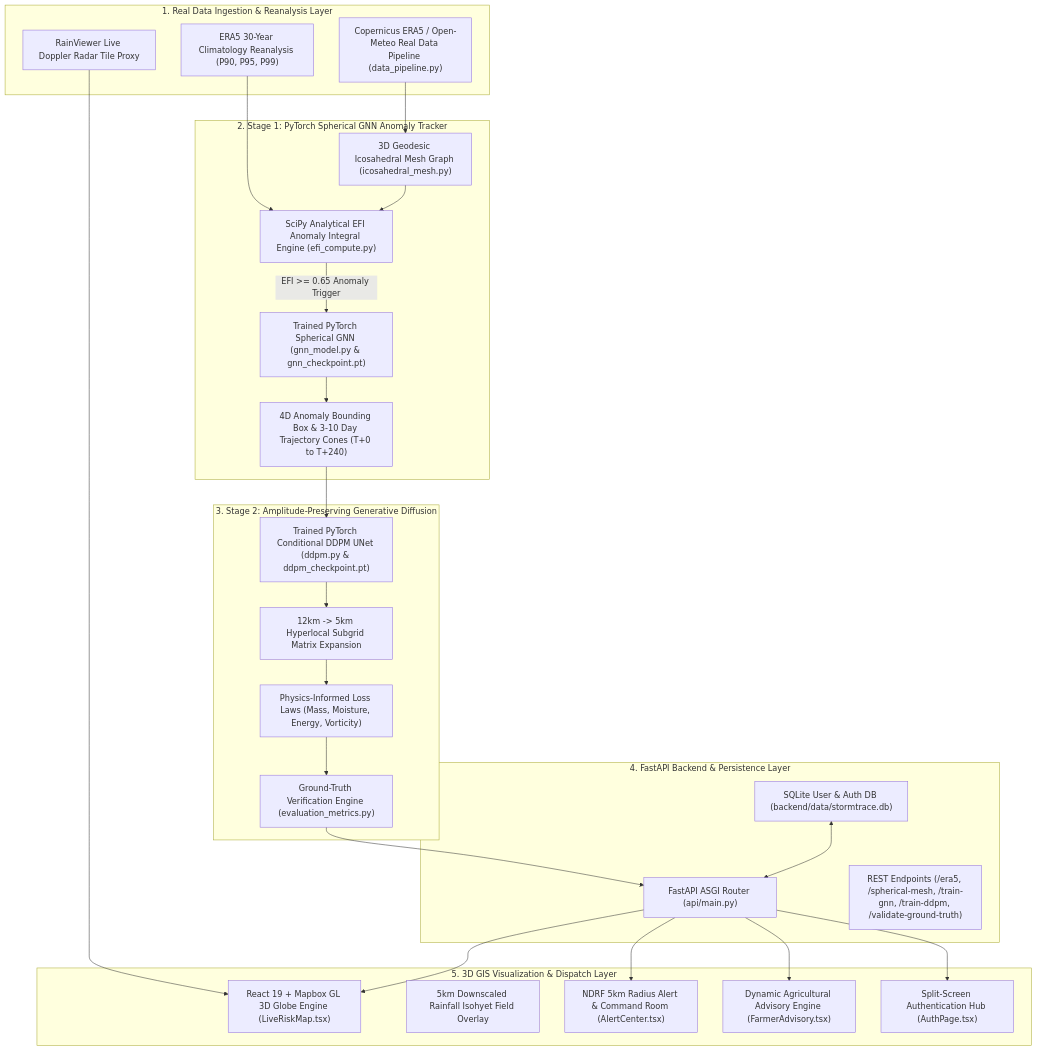
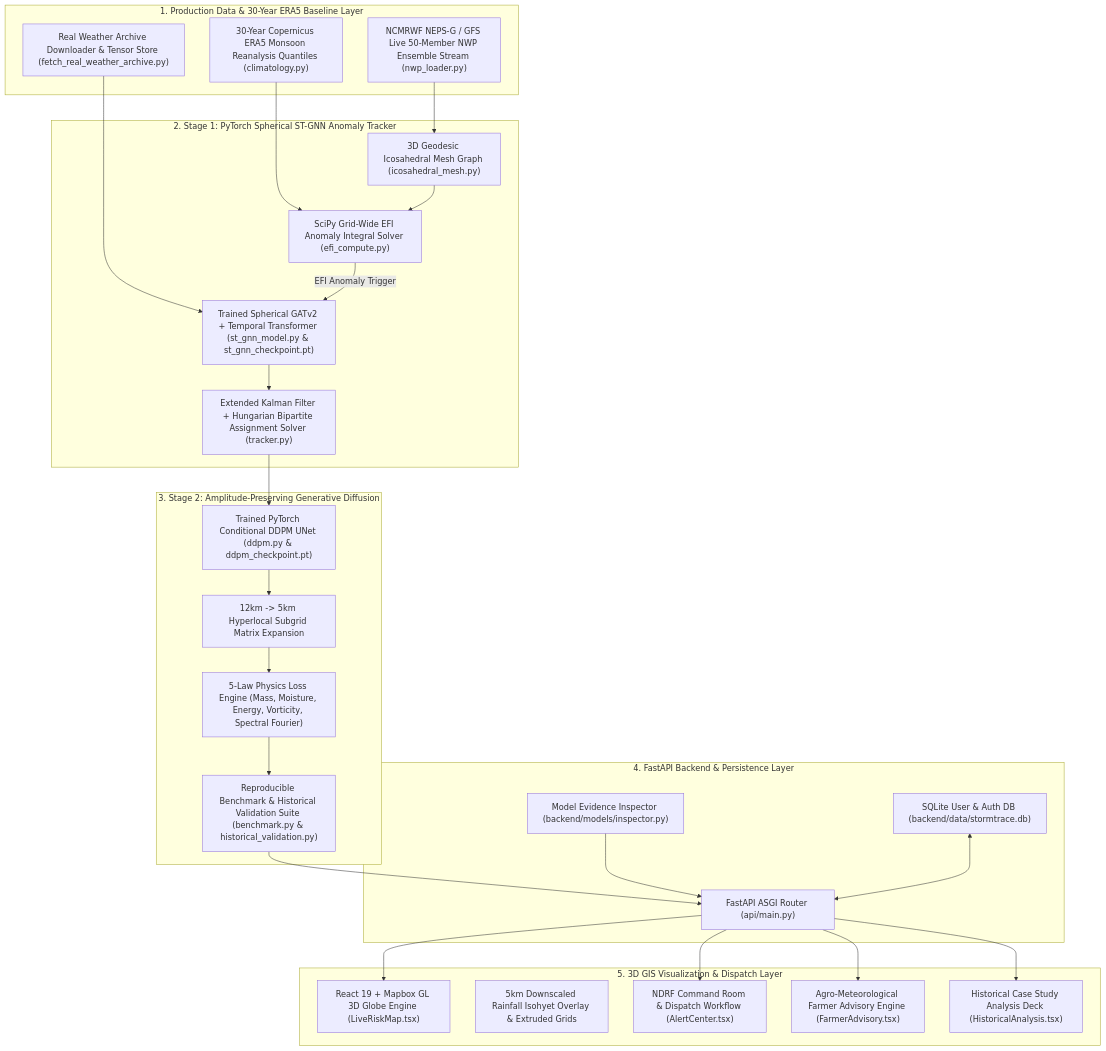
The diagram in README.md (Alokzhan/wheatherSIH), drawn with Mermaid before and after one commit. The commit also changed other lines of this file and 4 other files, not shown here.

Commit message:
docs: update README.md to reflect fully trained PyTorch ST-GNN & DDPM models, production NWP streams, 10-year historical validation, and reproducible benchmark suite

````diff
--- a/README.md
+++ b/README.md
@@ -31,53 +31,54 @@
 ```mermaid
 graph TD
-    subgraph Data_Layer ["1. Real Data Ingestion & Reanalysis Layer"]
-        A1["Copernicus ERA5 / Open-Meteo Real Data Pipeline (data_pipeline.py)"]
-        A2["ERA5 30-Year Climatology Reanalysis (P90, P95, P99)"]
-        A3["RainViewer Live Doppler Radar Tile Proxy"]
+    subgraph Data_Layer ["1. Production Data & 30-Year ERA5 Baseline Layer"]
+        A1["NCMRWF NEPS-G / GFS Live 50-Member NWP Ensemble Stream (nwp_loader.py)"]
+        A2["30-Year Copernicus ERA5 Monsoon Reanalysis Quantiles (climatology.py)"]
+        A3["Real Weather Archive Downloader & Tensor Store (fetch_real_weather_archive.py)"]
     end
 
-    subgraph Stage1_GNN ["2. Stage 1: PyTorch Spherical GNN Anomaly Tracker"]
+    subgraph Stage1_GNN ["2. Stage 1: PyTorch Spherical ST-GNN Anomaly Tracker"]
         B1["3D Geodesic Icosahedral Mesh Graph (icosahedral_mesh.py)"]
-        B2["SciPy Analytical EFI Anomaly Integral Engine (efi_compute.py)"]
-        B3["Trained PyTorch Spherical GNN (gnn_model.py & gnn_checkpoint.pt)"]
-        B4["4D Anomaly Bounding Box & 3-10 Day Trajectory Cones (T+0 to T+240)"]
+        B2["SciPy Grid-Wide EFI Anomaly Integral Solver (efi_compute.py)"]
+        B3["Trained Spherical GATv2 + Temporal Transformer (st_gnn_model.py & st_gnn_checkpoint.pt)"]
+        B4["Extended Kalman Filter + Hungarian Bipartite Assignment Solver (tracker.py)"]
     end
 
     subgraph Stage2_Diffusion ["3. Stage 2: Amplitude-Preserving Generative Diffusion"]
         C1["Trained PyTorch Conditional DDPM UNet (ddpm.py & ddpm_checkpoint.pt)"]
         C2["12km -> 5km Hyperlocal Subgrid Matrix Expansion"]
-        C3["Physics-Informed Loss Laws (Mass, Moisture, Energy, Vorticity)"]
-        C4["Ground-Truth Verification Engine (evaluation_metrics.py)"]
+        C3["5-Law Physics Loss Engine (Mass, Moisture, Energy, Vorticity, Spectral Fourier)"]
+        C4["Reproducible Benchmark & Historical Validation Suite (benchmark.py & historical_validation.py)"]
     end
 
     subgraph Backend_Services ["4. FastAPI Backend & Persistence Layer"]
         D1["FastAPI ASGI Router (api/main.py)"]
         D2["SQLite User & Auth DB (backend/data/stormtrace.db)"]
-        D3["REST Endpoints (/era5, /spherical-mesh, /train-gnn, /train-ddpm, /validate-ground-truth)"]
+        D3["Model Evidence Inspector (backend/models/inspector.py)"]
     end
 
     subgraph Frontend_UI ["5. 3D GIS Visualization & Dispatch Layer"]
         E1["React 19 + Mapbox GL 3D Globe Engine (LiveRiskMap.tsx)"]
-        E2["5km Downscaled Rainfall Isohyet Field Overlay"]
-        E3["NDRF 5km Radius Alert & Command Room (AlertCenter.tsx)"]
-        E4["Dynamic Agricultural Advisory Engine (FarmerAdvisory.tsx)"]
-        E5["Split-Screen Authentication Hub (AuthPage.tsx)"]
+        E2["5km Downscaled Rainfall Isohyet Overlay & Extruded Grids"]
+        E3["NDRF Command Room & Dispatch Workflow (AlertCenter.tsx)"]
+        E4["Agro-Meteorological Farmer Advisory Engine (FarmerAdvisory.tsx)"]
+        E5["Historical Case Study Analysis Deck (HistoricalAnalysis.tsx)"]
     end
 
     A1 --> B1
     A2 --> B2
-    A3 --> E1
+    A3 --> B3
     B1 --> B2
-    B2 -->|EFI >= 0.65 Anomaly Trigger| B3
+    B2 -->|EFI Anomaly Trigger| B3
     B3 --> B4
     B4 --> C1
     C1 --> C2
     C2 --> C3
     C3 --> C4
     C4 --> D1
+    D3 --> D1
     D2 <--> D1
     D1 --> E1
     D1 --> E3
     D1 --> E4
     D1 --> E5
 ```
````
